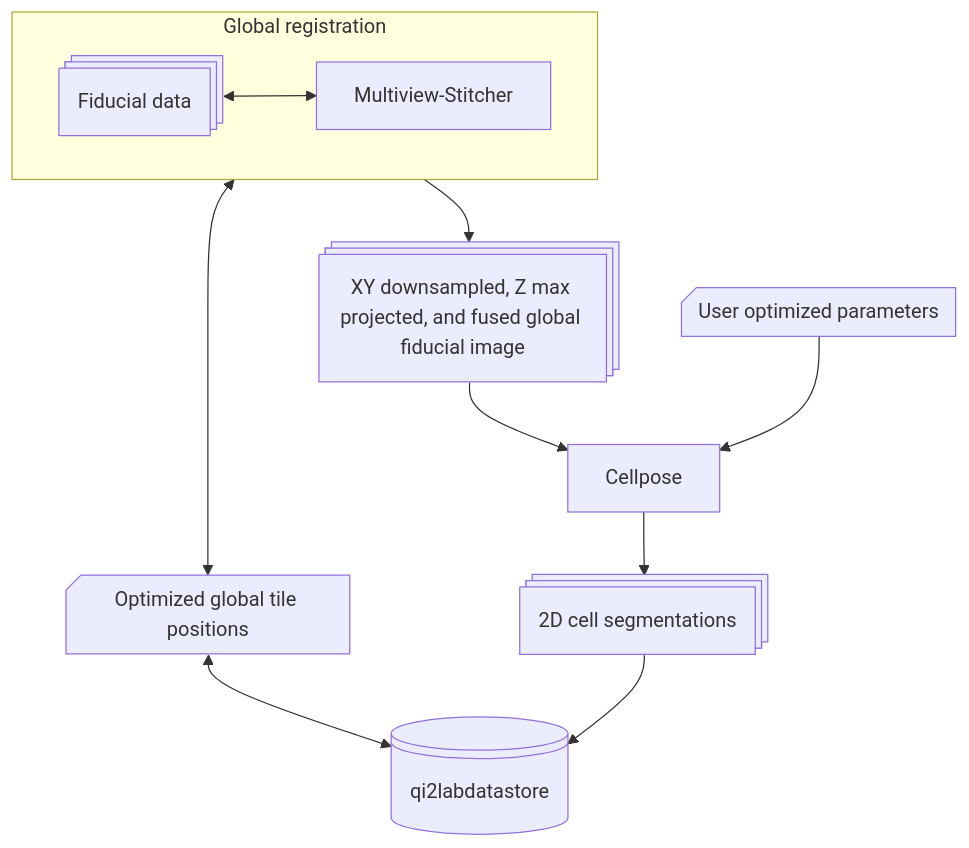
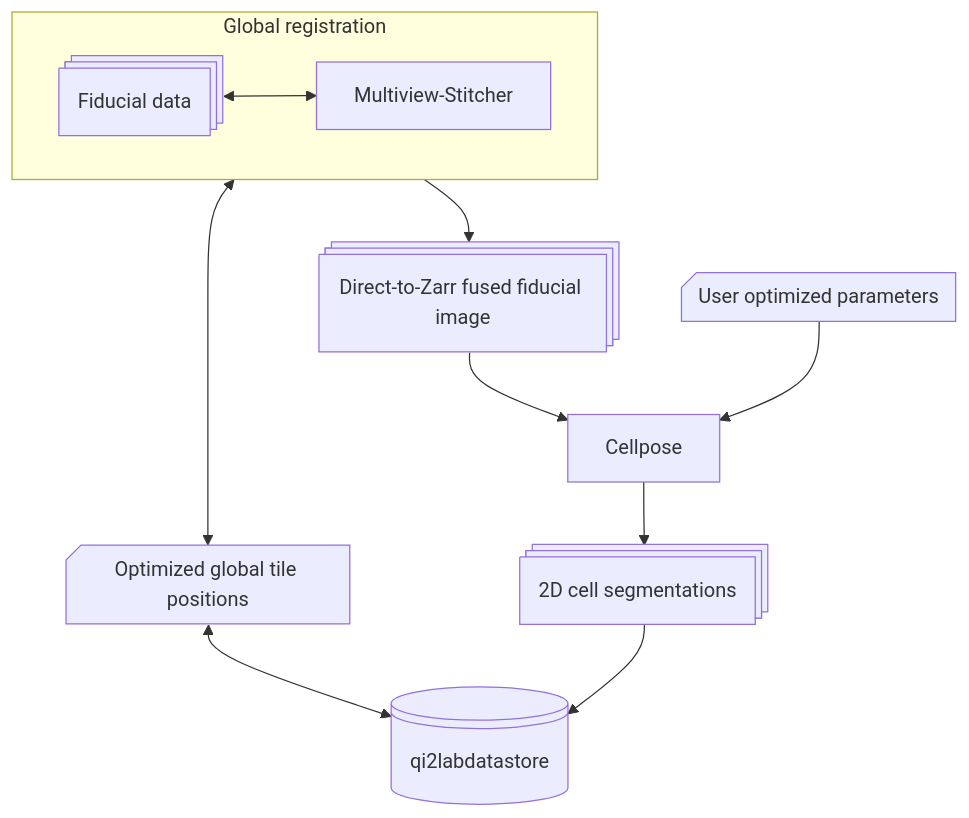
Before and after one commit to QI2lab/merfish3d-analysis: the fourth of 6 diagrams in docs/workflow.md, drawn with Mermaid. The commit also changed other lines of this file and 21 other files, not shown here.

````diff
--- a/docs/workflow.md
+++ b/docs/workflow.md
@@ -108,29 +109,29 @@
 ```mermaid
 %%{init: { "theme": "default", "themeVariables": { "htmlLabels": true, "curve": "linear", "layout": "elk" } } }%%
 flowchart TD
  subgraph s1["Global registration"]
     n3["Fiducial data"]
     n4["Multiview-Stitcher"]
  end
  n1["qi2labdatastore"]
- n2["XY downsampled, Z max projected, and fused global fiducial image"]
+ n2["Direct-to-Zarr fused fiducial image"]
  n5["Cellpose"]
  n6["2D cell segmentations"]
  n7["Optimized global tile positions"]
  n8["User optimized parameters"]
    
     s1 <--> n7
     n7 <--> n1
     s1 --> n2
     n3 <--> n4
     n2 --> n5
     n5 --> n6
     n6 --> n1
     n8 --> n5
     n1@{ shape: lin-cyl}
     n2@{ shape: procs}
     n3@{ shape: procs}
     n6@{ shape: procs}
     n7@{ shape: notch-rect}
     n8@{ shape: notch-rect}
 ```
````
